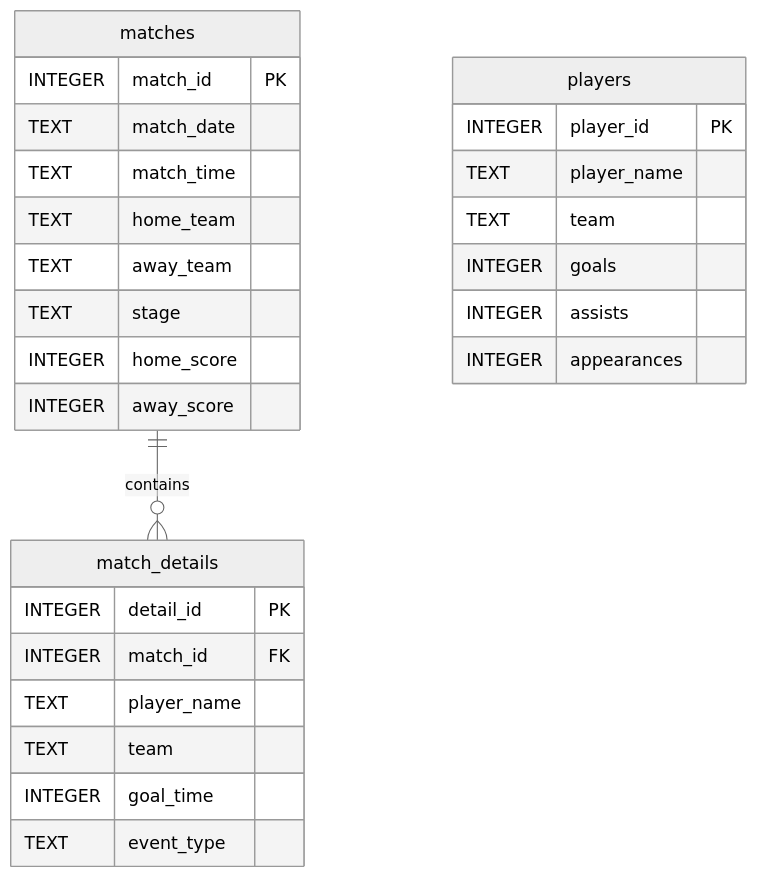
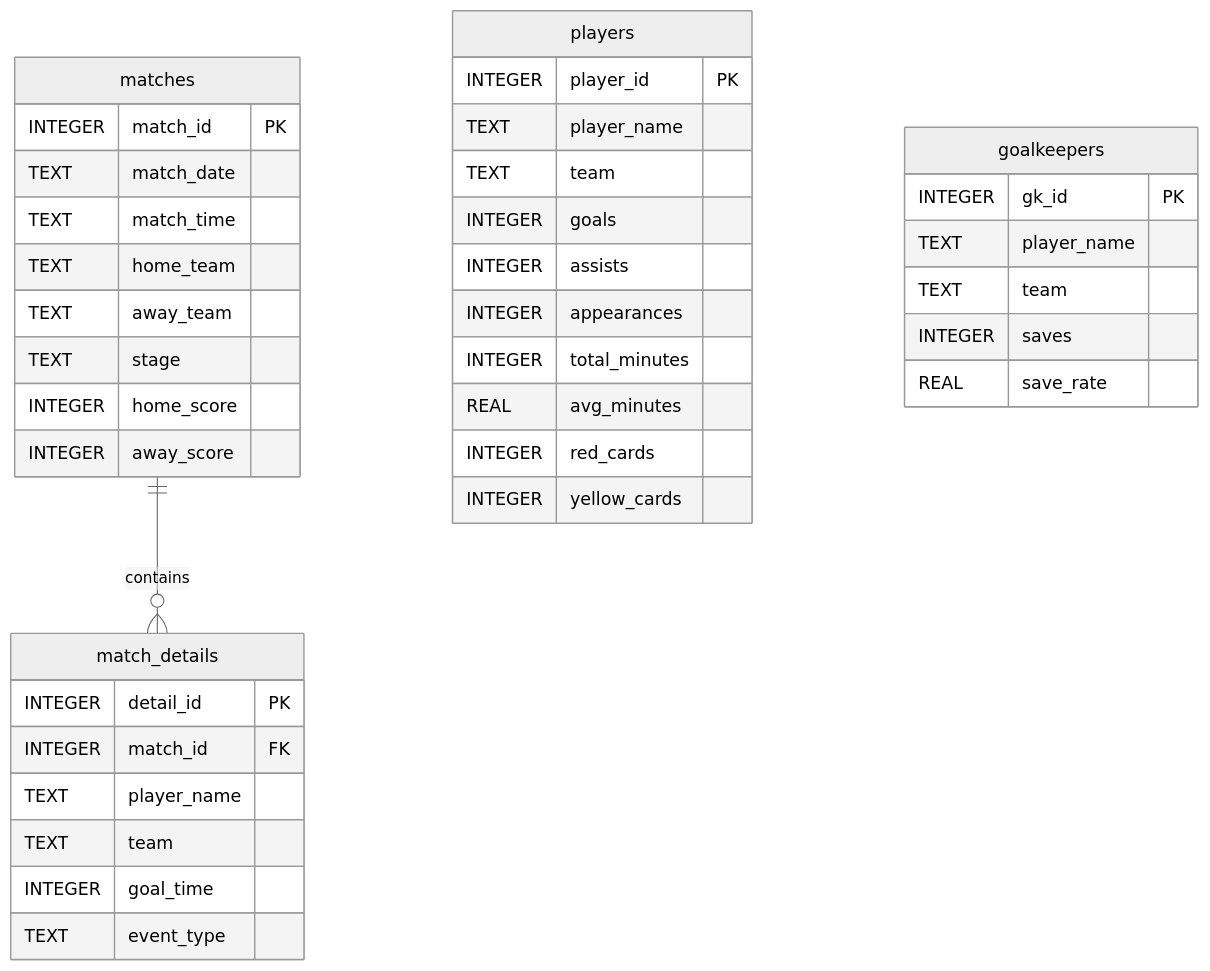
One commit to OllyPai/WorldCupAgent changed the tenth of 11 diagrams in docs/system-design.md. Above: the diagram before and after it, drawn with Mermaid (neutral theme). The commit also changed other lines of this file and 1 other file, not shown here.

````diff
--- a/docs/system-design.md
+++ b/docs/system-design.md
@@ -624,30 +691,41 @@
 ```mermaid
 erDiagram
     matches ||--o{ match_details : contains
     matches {
         INTEGER match_id PK
         TEXT match_date
         TEXT match_time
         TEXT home_team
         TEXT away_team
         TEXT stage
         INTEGER home_score
         INTEGER away_score
     }
     match_details {
         INTEGER detail_id PK
         INTEGER match_id FK
         TEXT player_name
         TEXT team
         INTEGER goal_time
         TEXT event_type
     }
     players {
         INTEGER player_id PK
         TEXT player_name
         TEXT team
         INTEGER goals
         INTEGER assists
         INTEGER appearances
+        INTEGER total_minutes
+        REAL avg_minutes
+        INTEGER red_cards
+        INTEGER yellow_cards
+    }
+    goalkeepers {
+        INTEGER gk_id PK
+        TEXT player_name
+        TEXT team
+        INTEGER saves
+        REAL save_rate
     }
 ```
````
